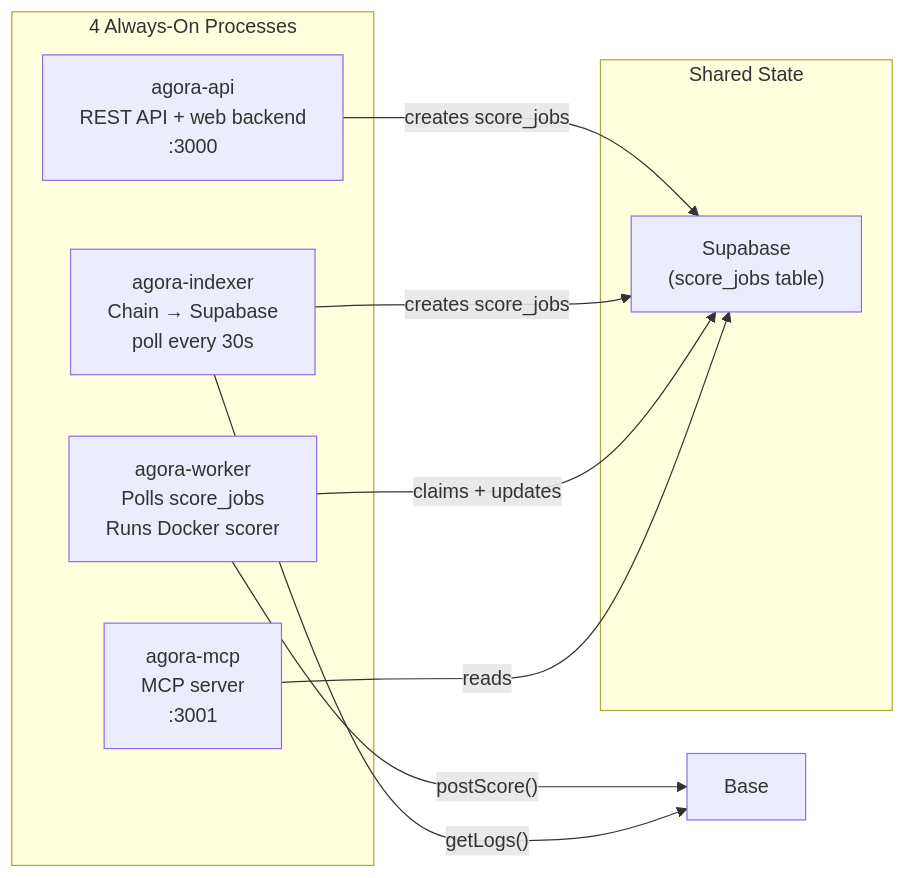
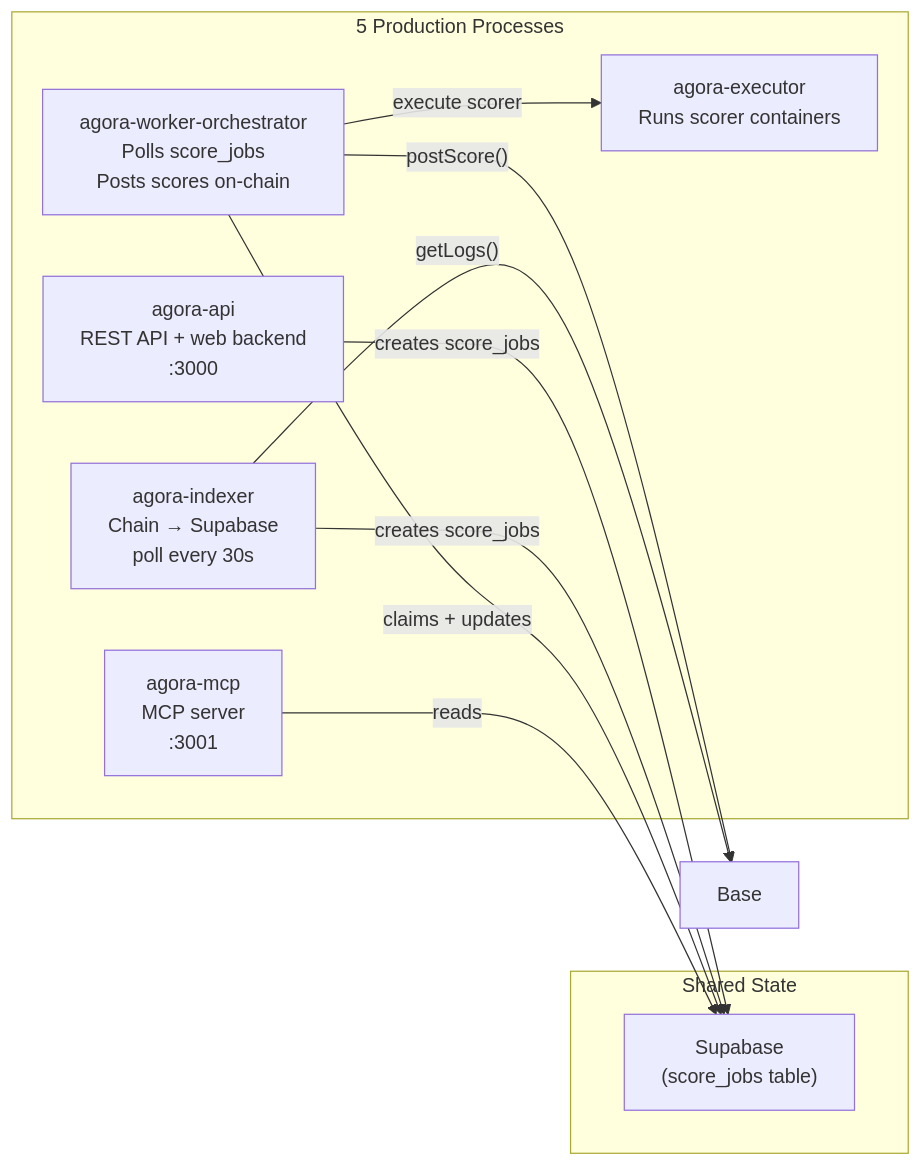
Before and after one commit to andymolecule/Agora: the second of 3 diagrams in docs/operations.md, drawn with Mermaid. The commit also changed other lines of this file and 23 other files, not shown here.

````diff
--- a/docs/operations.md
+++ b/docs/operations.md
@@ -91,21 +101,23 @@
 ```mermaid
 flowchart LR
-    subgraph Processes["4 Always-On Processes"]
+    subgraph Processes["5 Production Processes"]
         API["agora-api<br/>REST API + web backend<br/>:3000"]
         Idx["agora-indexer<br/>Chain → Supabase<br/>poll every 30s"]
-        Worker["agora-worker<br/>Polls score_jobs<br/>Runs Docker scorer"]
+        Worker["agora-worker-orchestrator<br/>Polls score_jobs<br/>Posts scores on-chain"]
+        Executor["agora-executor<br/>Runs scorer containers"]
         MCP["agora-mcp<br/>MCP server<br/>:3001"]
     end
 
     subgraph Shared["Shared State"]
         DB["Supabase<br/>(score_jobs table)"]
     end
 
     API -->|"creates score_jobs"| DB
     Idx -->|"creates score_jobs"| DB
     Worker -->|"claims + updates"| DB
     MCP -->|"reads"| DB
 
+    Worker -->|"execute scorer"| Executor
     Worker -->|"postScore()"| Chain["Base"]
     Idx -->|"getLogs()"| Chain
 ```
````
